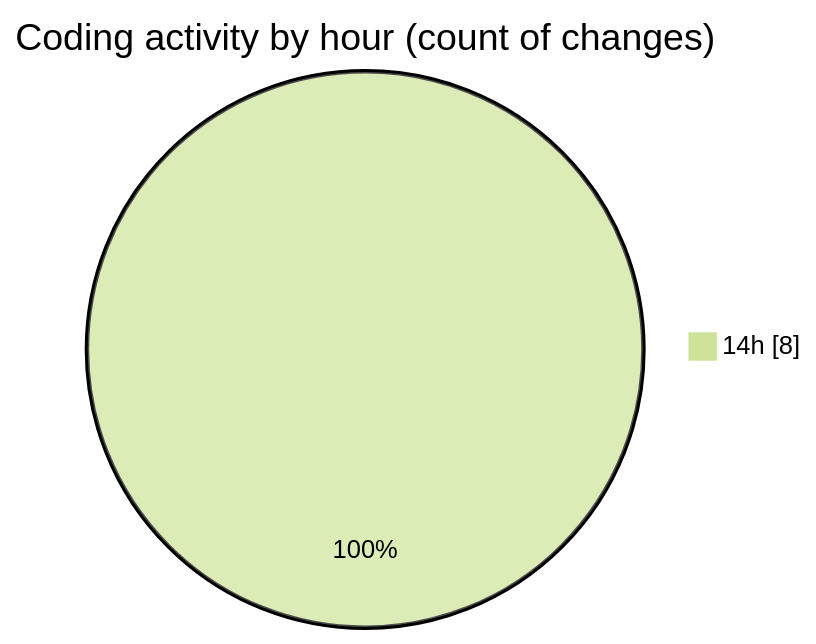
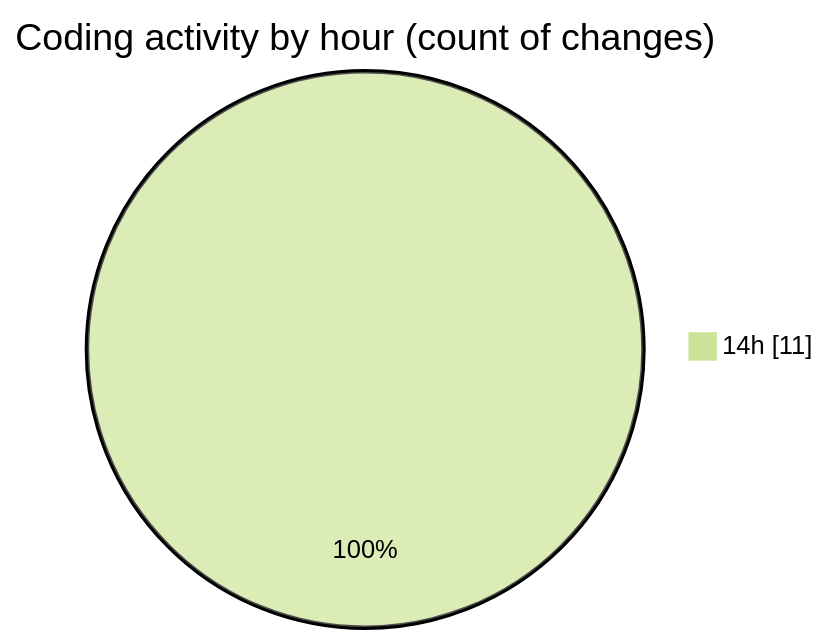
Before and after one commit to Ritupan-Deka/code-tracking: the second of 2 diagrams in 2025-05-29/projects/README.md, drawn with Mermaid (forest theme). The commit also changed other lines of this file and 1 other file, not shown here.

````diff
--- a/2025-05-29/projects/README.md
+++ b/2025-05-29/projects/README.md
@@ -36,5 +41,5 @@
 ```mermaid
 pie showData
 title Coding activity by hour (count of changes)
-"14h" : 8
+"14h" : 11
 ```
````
